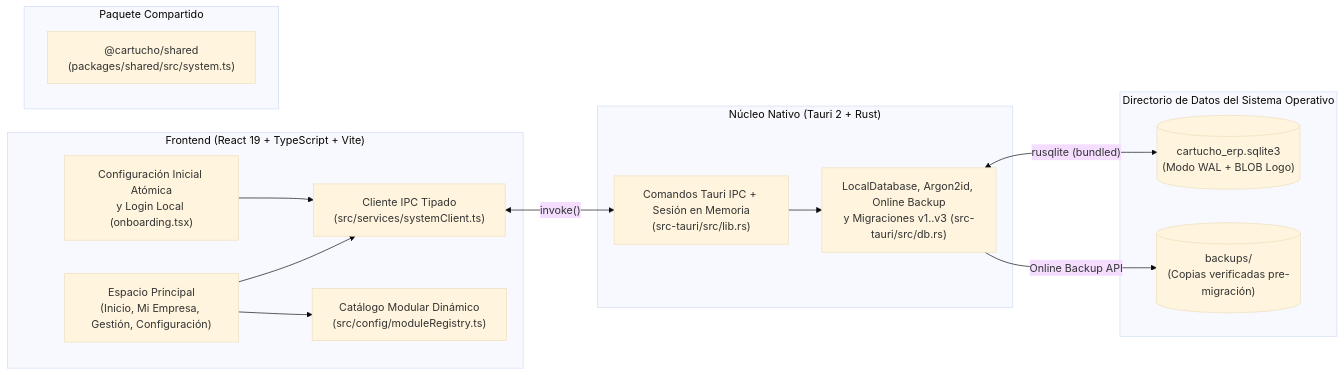
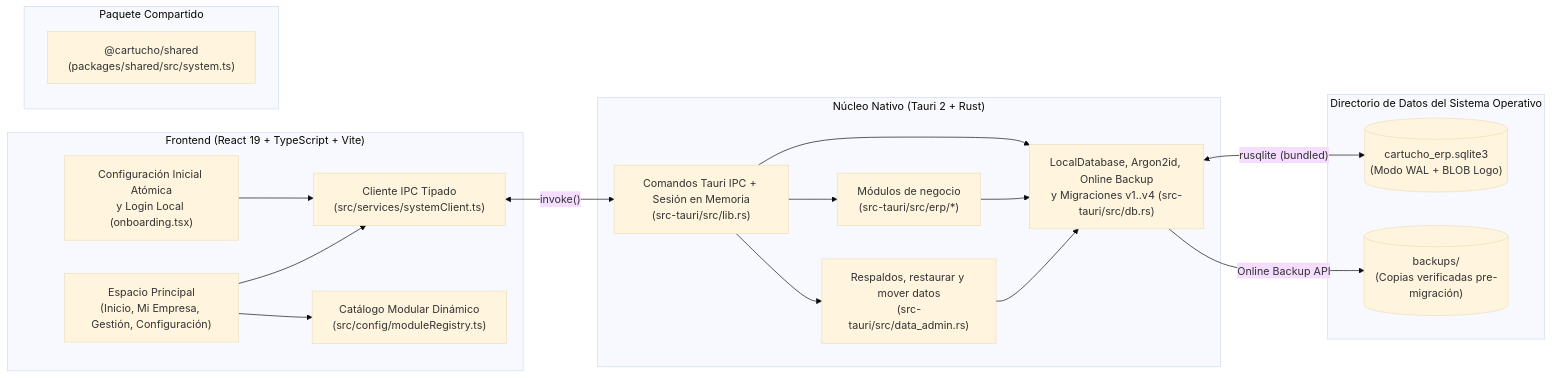
One commit to Piscuish/Cartucho-ERP changed the diagram in README.md. Above: the diagram before and after it, drawn with Mermaid (base theme). The commit also changed other lines of this file and 2 other files, not shown here.

First line of the commit message:
docs: README, roadmap e identidad visual actualizados a la versión con facturación

````diff
--- a/README.md
+++ b/README.md
@@ -50,31 +57,37 @@
 ```mermaid
 flowchart LR
     subgraph UI["Frontend (React 19 + TypeScript + Vite)"]
         Onboarding["Configuración Inicial Atómica\ny Login Local (onboarding.tsx)"]
         Views["Espacio Principal\n(Inicio, Mi Empresa, Gestión, Configuración)"]
         Registry["Catálogo Modular Dinámico\n(src/config/moduleRegistry.ts)"]
         Client["Cliente IPC Tipado\n(src/services/systemClient.ts)"]
     end
 
     subgraph Shared["Paquete Compartido"]
         Contracts["@cartucho/shared\n(packages/shared/src/system.ts)"]
     end
 
     subgraph Core["Núcleo Nativo (Tauri 2 + Rust)"]
         Commands["Comandos Tauri IPC + Sesión en Memoria\n(src-tauri/src/lib.rs)"]
-        DBLayer["LocalDatabase, Argon2id, Online Backup\ny Migraciones v1..v3 (src-tauri/src/db.rs)"]
+        DBLayer["LocalDatabase, Argon2id, Online Backup\ny Migraciones v1..v4 (src-tauri/src/db.rs)"]
+        ERP["Módulos de negocio\n(src-tauri/src/erp/*)"]
+        DataAdmin["Respaldos, restaurar y mover datos\n(src-tauri/src/data_admin.rs)"]
     end
 
     subgraph OSData["Directorio de Datos del Sistema Operativo"]
         SQLite[("cartucho_erp.sqlite3\n(Modo WAL + BLOB Logo)")]
         Backups[("backups/\n(Copias verificadas pre-migración)")]
     end
 
     Onboarding --> Client
     Views --> Client
     Views --> Registry
     Client <-->|"invoke()"| Commands
     Commands --> DBLayer
+    Commands --> ERP
+    Commands --> DataAdmin
+    ERP --> DBLayer
+    DataAdmin --> DBLayer
     DBLayer <-->|"rusqlite (bundled)"| SQLite
     DBLayer -->|"Online Backup API"| Backups
 ```
````
